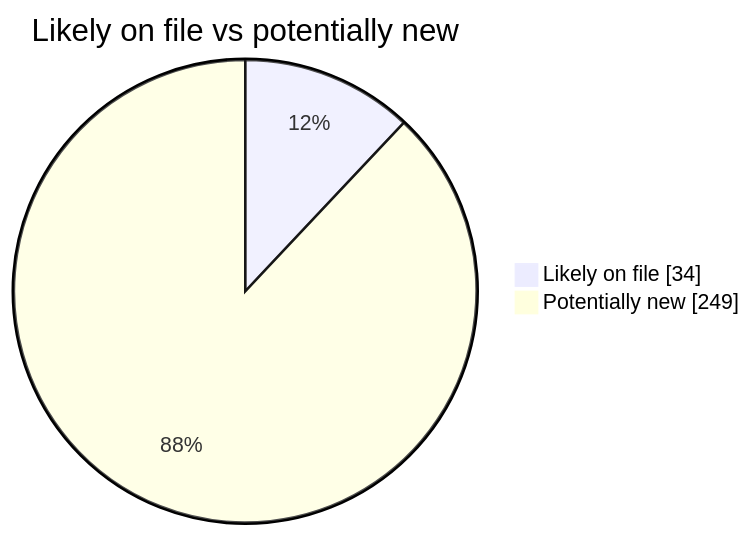
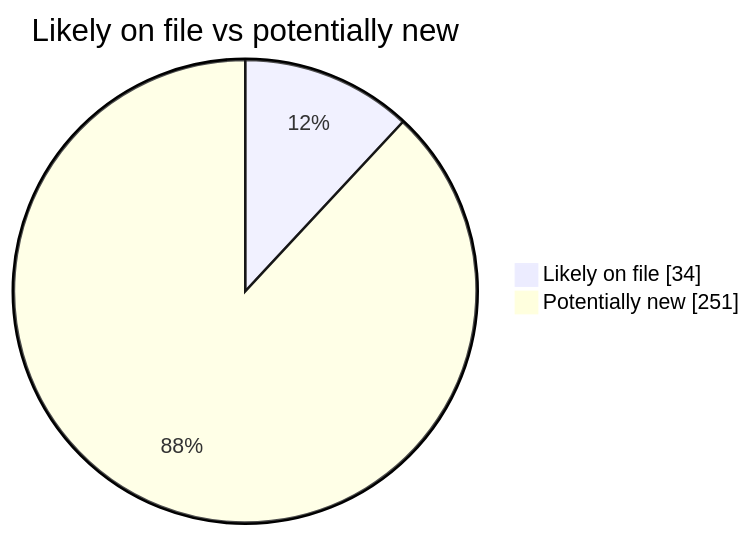
The second of 4 diagrams in README.md (martinbalfanz/social-scanner-reports), drawn with Mermaid before and after one commit. The commit also changed other lines of this file and 2 other files, not shown here.

````diff
--- a/README.md
+++ b/README.md
@@ -40,5 +40,5 @@
 ```mermaid
 pie showData title Likely on file vs potentially new
     "Likely on file" : 34
-    "Potentially new" : 249
+    "Potentially new" : 251
 ```
````
